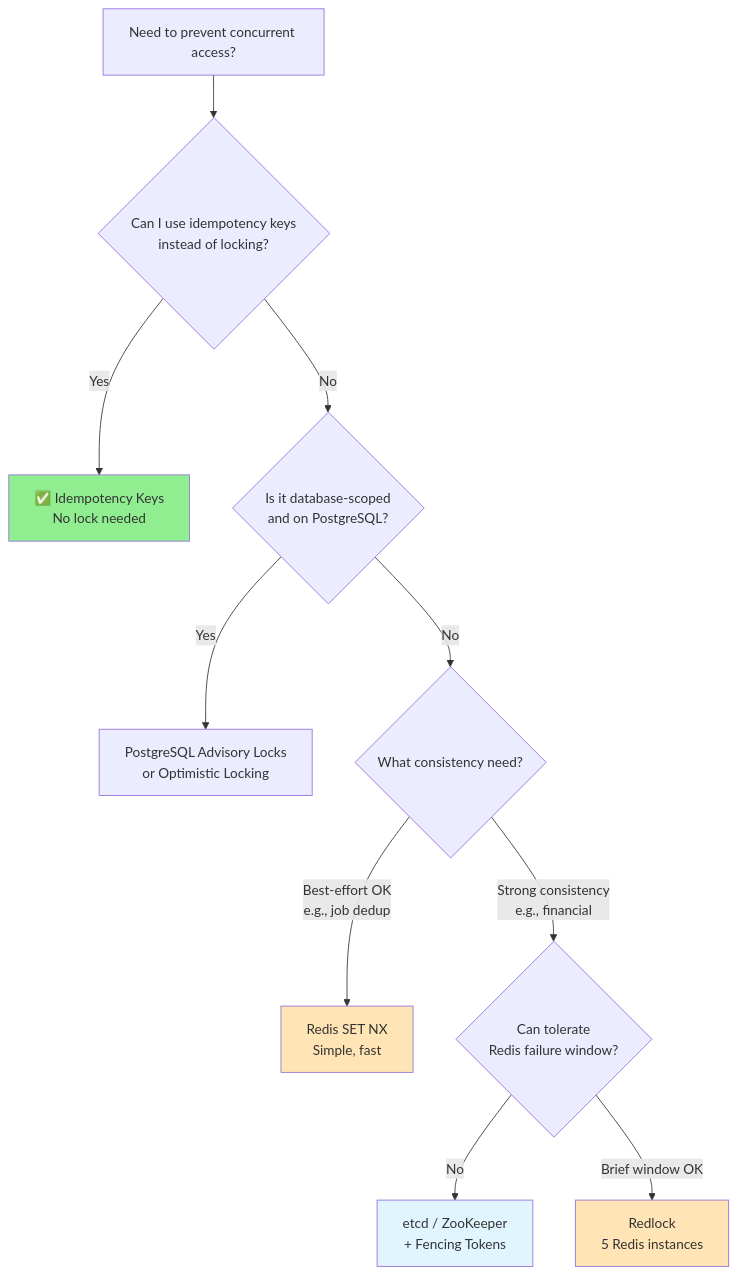
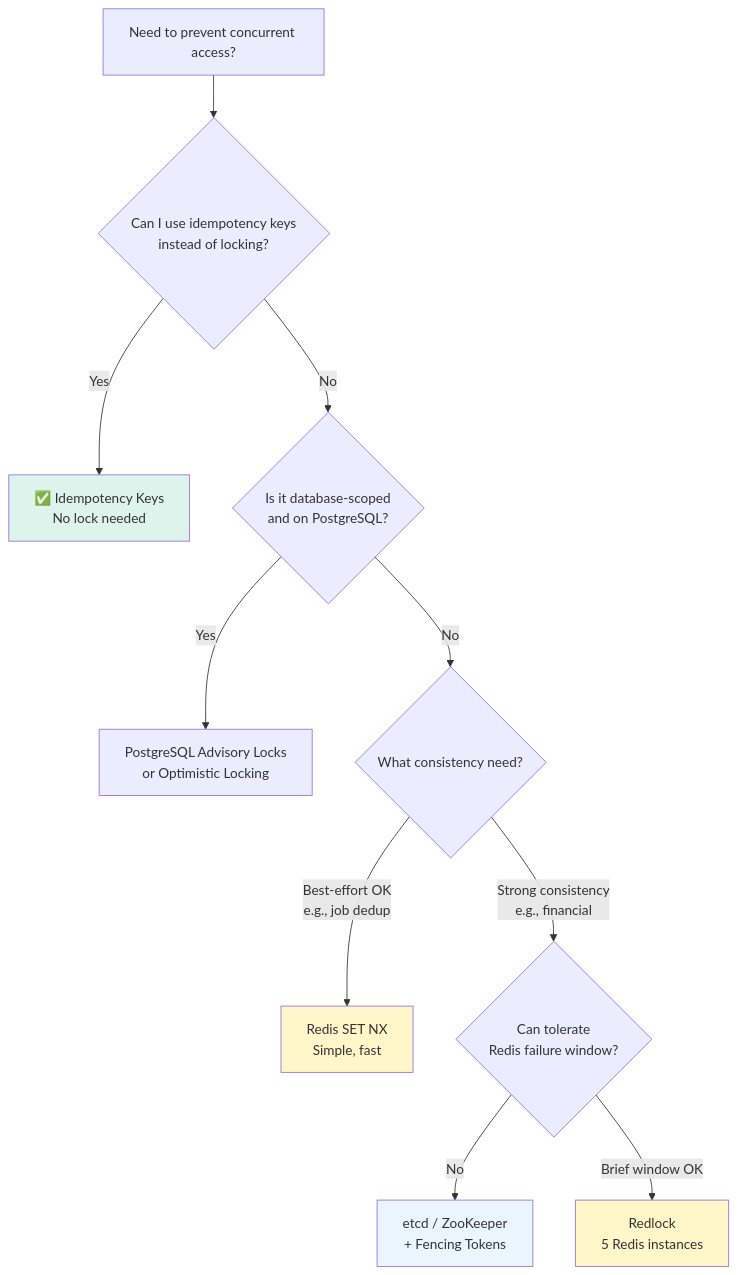
One commit to cartmancodes/InterviewVault changed diagram 12 of 13 in LLD/CoreConcepts/DistributedLocking.md. Above: the diagram before and after it, drawn with Mermaid. The commit also changed other lines of this file and 679 other files, not shown here.

Commit message:
Unify content diagrams and add accessible visual walkthroughs

````diff
--- a/LLD/CoreConcepts/DistributedLocking.md
+++ b/LLD/CoreConcepts/DistributedLocking.md
@@ -623,22 +623,22 @@
 ```mermaid
 flowchart TB
     START[Need to prevent concurrent access?]
 
     START --> Q1{Can I use idempotency keys<br/>instead of locking?}
     Q1 -->|Yes| IDEM[✅ Idempotency Keys<br/>No lock needed]
     Q1 -->|No| Q2{Is it database-scoped<br/>and on PostgreSQL?}
 
     Q2 -->|Yes| ADVISORY[PostgreSQL Advisory Locks<br/>or Optimistic Locking]
     Q2 -->|No| Q3{What consistency need?}
 
     Q3 -->|Best-effort OK<br/>e.g., job dedup| REDIS[Redis SET NX<br/>Simple, fast]
     Q3 -->|Strong consistency<br/>e.g., financial| Q4{Can tolerate<br/>Redis failure window?}
 
     Q4 -->|No| ETCD[etcd / ZooKeeper<br/>+ Fencing Tokens]
     Q4 -->|Brief window OK| REDLOCK[Redlock<br/>5 Redis instances]
 
-    style IDEM fill:#90EE90
-    style REDIS fill:#FFE4B5
-    style ETCD fill:#e1f5ff
-    style REDLOCK fill:#FFE4B5
+    style IDEM fill:#DDF3EC
+    style REDIS fill:#FFF6C9
+    style ETCD fill:#EAF5FD
+    style REDLOCK fill:#FFF6C9
 ```
````
